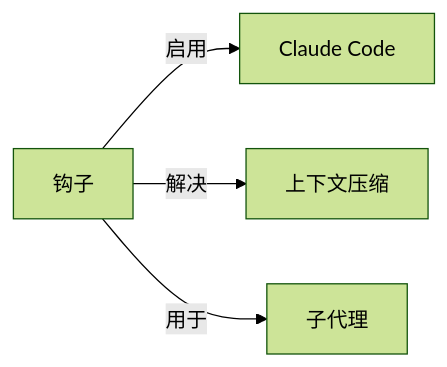
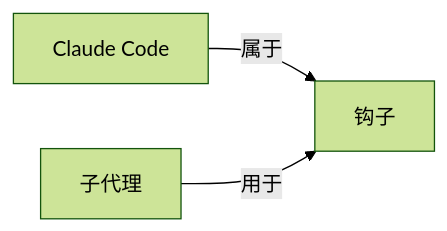
Before and after one commit to yibie/claude-best-practices-zh: the diagram in wiki/钩子.md, drawn with Mermaid (forest theme). The commit also changed other lines of this file and 407 other files, not shown here.

Commit message:
feat: DeepSeek 三遍审校（译文/关系/图谱）+ 可部署静态站点

````diff
--- a/wiki/钩子.md
+++ b/wiki/钩子.md
@@ -45,7 +45,6 @@
 ```mermaid
 graph LR
   C["钩子"]
-  C -->|启用| N0["Claude Code"]
-  C -->|解决| N1["上下文压缩"]
-  C -->|用于| N2["子代理"]
+  N0["Claude Code"] -->|属于| C
+  N1["子代理"] -->|用于| C
 ```
````
